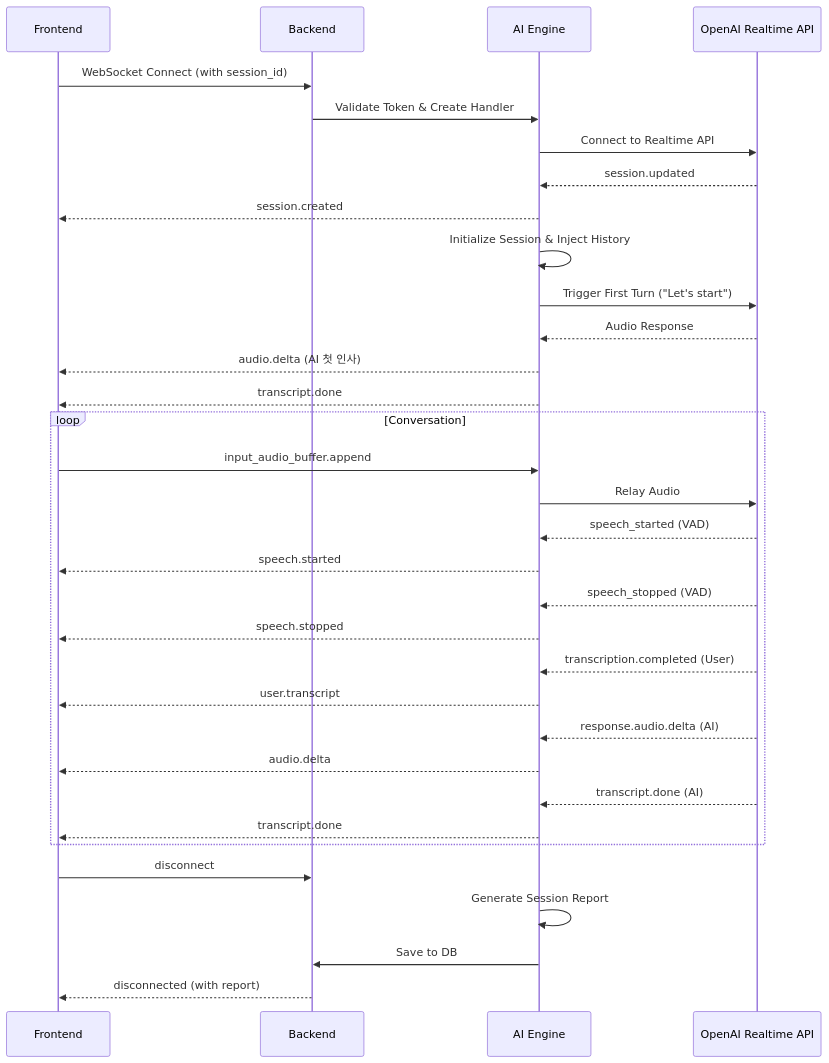
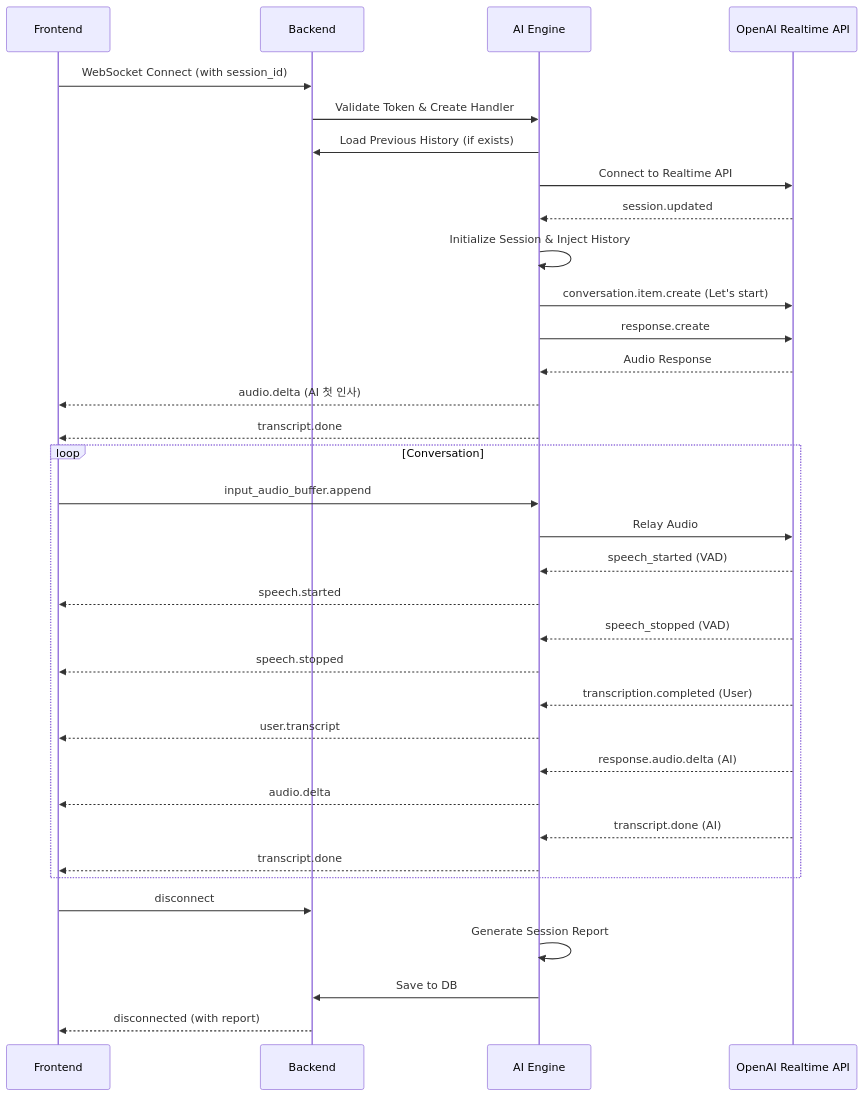
One commit to ParkKunsu/MaLangEE changed the second of 2 diagrams in frontend/docs/WEBSOCKET_GUIDE.md. Above: the diagram before and after it, drawn with Mermaid. The commit also changed other lines of this file, not shown here.

````diff
--- a/frontend/docs/WEBSOCKET_GUIDE.md
+++ b/frontend/docs/WEBSOCKET_GUIDE.md
@@ -434,38 +431,39 @@
 ```mermaid
 sequenceDiagram
     participant F as Frontend
     participant B as Backend
     participant AI as AI Engine
     participant OpenAI as OpenAI Realtime API
 
     F->>B: WebSocket Connect (with session_id)
     B->>AI: Validate Token & Create Handler
+    AI->>B: Load Previous History (if exists)
     AI->>OpenAI: Connect to Realtime API
     OpenAI-->>AI: session.updated
-    AI-->>F: session.created
     AI->>AI: Initialize Session & Inject History
-    AI->>OpenAI: Trigger First Turn ("Let's start")
+    AI->>OpenAI: conversation.item.create (Let's start)
+    AI->>OpenAI: response.create
     OpenAI-->>AI: Audio Response
     AI-->>F: audio.delta (AI 첫 인사)
     AI-->>F: transcript.done
 
     loop Conversation
         F->>AI: input_audio_buffer.append
         AI->>OpenAI: Relay Audio
         OpenAI-->>AI: speech_started (VAD)
         AI-->>F: speech.started
         OpenAI-->>AI: speech_stopped (VAD)
         AI-->>F: speech.stopped
         OpenAI-->>AI: transcription.completed (User)
         AI-->>F: user.transcript
         OpenAI-->>AI: response.audio.delta (AI)
         AI-->>F: audio.delta
         OpenAI-->>AI: transcript.done (AI)
         AI-->>F: transcript.done
     end
 
     F->>B: disconnect
     AI->>AI: Generate Session Report
     AI->>B: Save to DB
     B-->>F: disconnected (with report)
 ```
````
